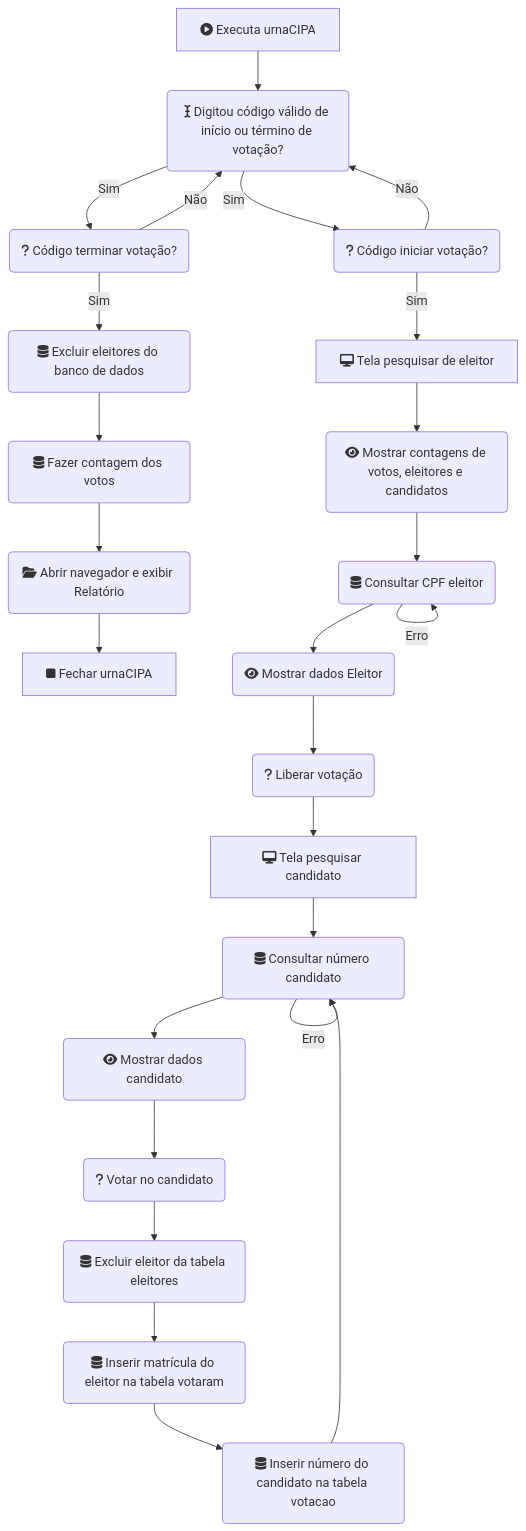
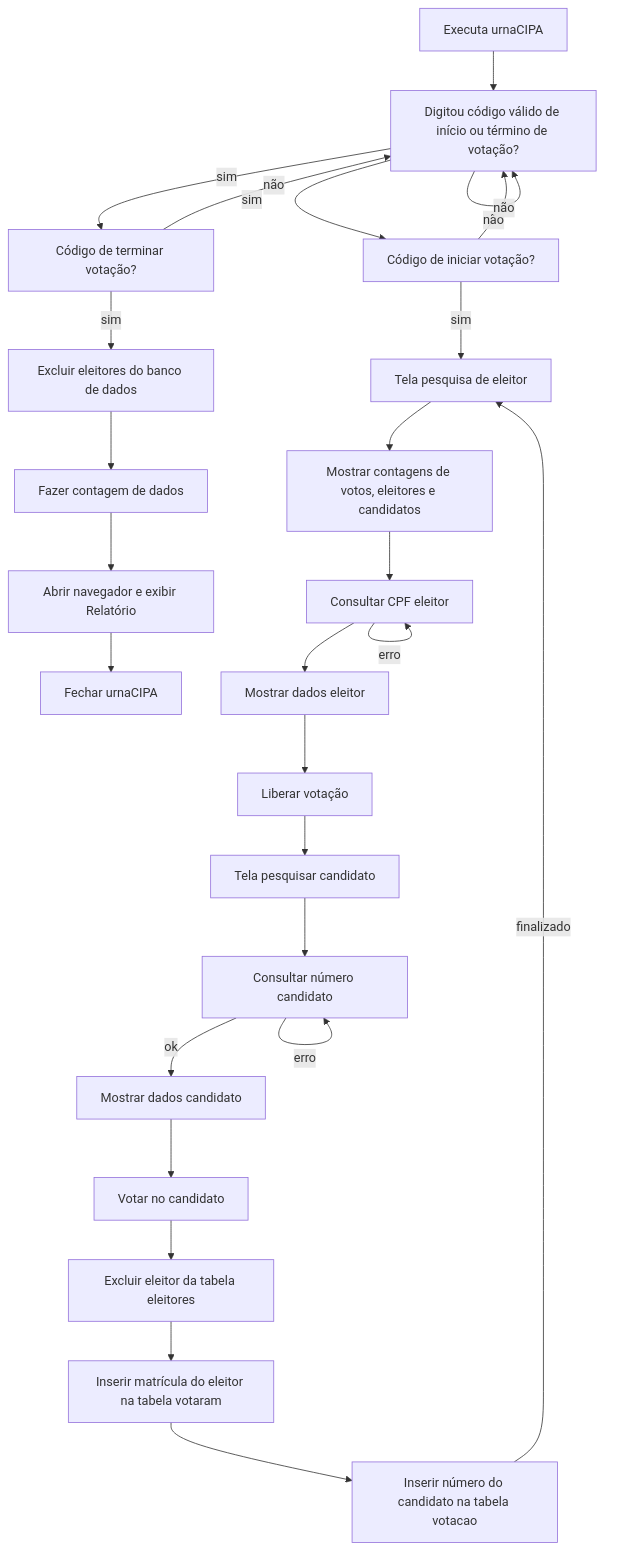
The diagram in flowchart.md (danielgianni/urnaCIPA), drawn with Mermaid before and after one commit.

````diff
--- a/flowchart.md
+++ b/flowchart.md
@@ -1,27 +1,35 @@
 ```mermaid
 graph TD
-  A[fa:fa-play-circle Executa urnaCIPA] --> B(fa:fa-i-cursor Digitou código válido de início ou término de votação?)
-  B -->|Sim| C(fa:fa-question Código iniciar votação?)
-  C -->|Não| B
-  C -->|Sim| E[fa:fa-desktop Tela pesquisar de eleitor]
-  D -->|Não| B
-  B -->|Sim| D(fa:fa-question Código terminar votação?)
-  D -->|Sim| F(fa:fa-database Excluir eleitores do banco de dados)
-  F --> G(fa:fa-database Fazer contagem dos votos)
-  G --> I(fa:fa-folder-open Abrir navegador e exibir Relatório)
-  I --> J[fa:fa-stop Fechar urnaCIPA]
-  E --> K(fa:fa-eye Mostrar contagens de votos, eleitores e candidatos)
-  K --> L(fa:fa-database Consultar CPF eleitor)
-  L --> |Erro| L
-  L --> M(fa:fa-eye Mostrar dados Eleitor)
-  M --> N(fa:fa-question Liberar votação)
-  N --> O[fa:fa-desktop Tela pesquisar candidato]
-  O --> P(fa:fa-database Consultar número candidato)
-  P --> |Erro| P
-  P --> Q(fa:fa-eye Mostrar dados candidato)
-  Q --> R(fa:fa-question Votar no candidato)
-  R --> S(fa:fa-database Excluir eleitor da tabela eleitores)
-  S --> T(fa:fa-database Inserir matrícula do eleitor na tabela votaram)
-  T --> U(fa:fa-database Inserir número do candidato na tabela votacao)
-  U --> P
+    A[Executa urnaCIPA] --> B[Digitou código válido de início ou término de votação?]
+    B --> |sim| C[Código de terminar votação?]
+    B --> |não| B
+    B --> |sim| D[Código de iniciar votação?]
+
+    C -->|sim| F[Excluir eleitores do banco de dados]
+    C -->|não| B
+ 
+    D -->|sim| E[Tela pesquisa de eleitor]
+    D -->|não| B
+ 
+    E --> J[Mostrar contagens de votos, eleitores e candidatos]
+
+    F --> G[Fazer contagem de dados]
+    G --> H[Abrir navegador e exibir Relatório]
+    H --> I[Fechar urnaCIPA]
+
+    J --> L[Consultar CPF eleitor]
+    L -->|erro| L
+    L --> M[Mostrar dados eleitor]
+    M --> N[Liberar votação]
+    N --> O[Tela pesquisar candidato]
+
+    O --> P[Consultar número candidato]    
+    P -->|erro| P
+    P -->|ok| Q[Mostrar dados candidato]
+
+    Q --> R[Votar no candidato]   
+    R --> S[Excluir eleitor da tabela eleitores]
+    S --> T[Inserir matrícula do eleitor na tabela votaram]
+    T --> U[Inserir número do candidato na tabela votacao]
+    U -->|finalizado| E
 ```
````
